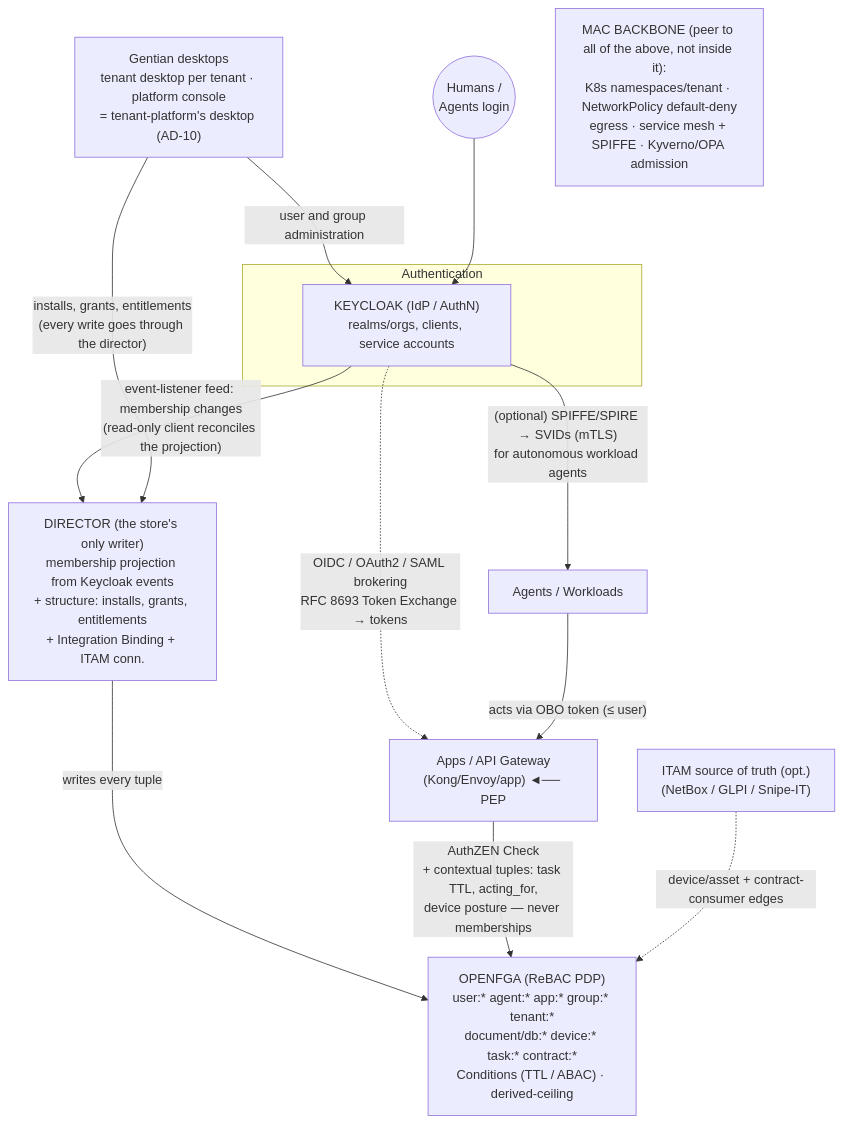
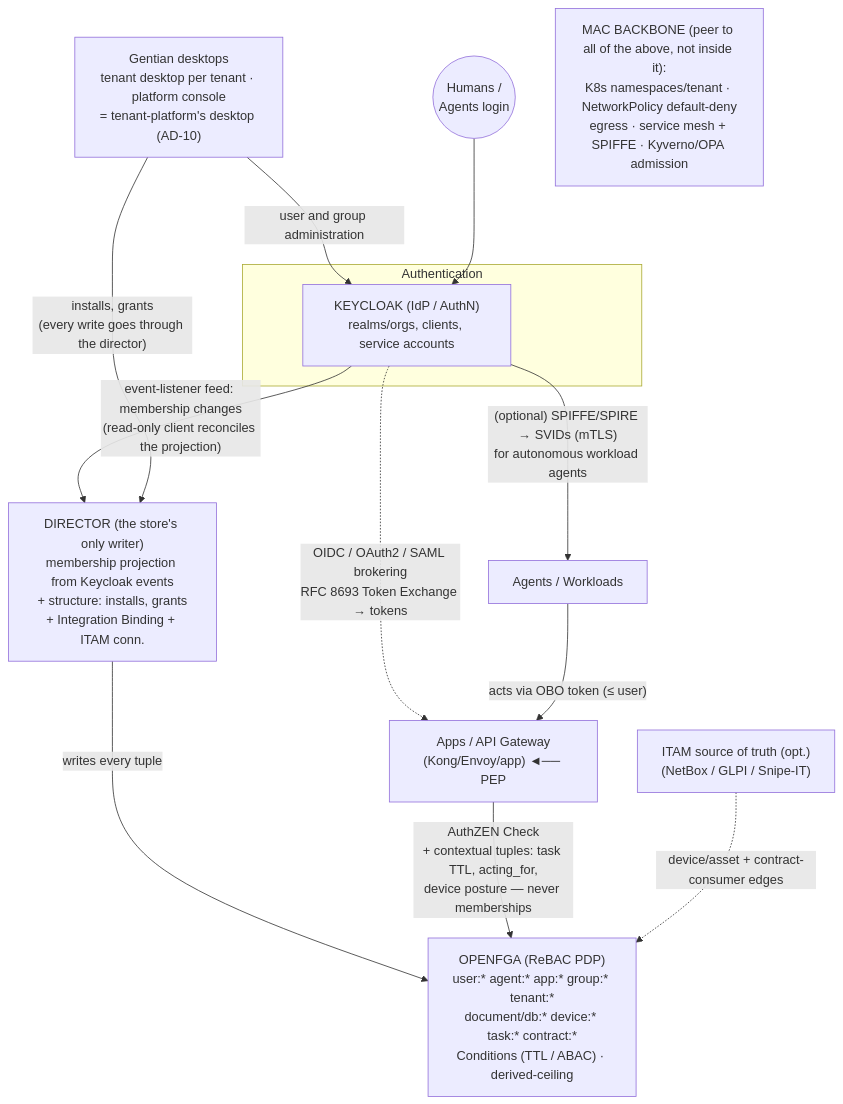
One commit to gentian-org/gentian-os changed the first of 3 diagrams in docs/design/security.md. Above: the diagram before and after it, drawn with Mermaid. The commit also changed other lines of this file and 65 other files, not shown here.

````diff
--- a/docs/design/security.md
+++ b/docs/design/security.md
@@ -141,36 +141,36 @@
 ```mermaid
 flowchart TD
     Shell["Gentian desktops<br>tenant desktop per tenant · platform console<br>= tenant-platform's desktop (AD-10)"]
     
     Users(("Humans /<br>Agents login"))
     
     subgraph Identity ["Authentication"]
         Keycloak["KEYCLOAK (IdP / AuthN)<br>realms/orgs, clients, service accounts"]
     end
     
-    Director["DIRECTOR (the store's only writer)<br>membership projection from Keycloak events<br>+ structure: installs, grants, entitlements<br>+ Integration Binding + ITAM conn."]
+    Director["DIRECTOR (the store's only writer)<br>membership projection from Keycloak events<br>+ structure: installs, grants<br>+ Integration Binding + ITAM conn."]
     
     AgentsWorkloads["Agents / Workloads"]
     Apps["Apps / API Gateway<br>(Kong/Envoy/app) ◄── PEP"]
     
     OpenFGA["OPENFGA (ReBAC PDP)<br>user:* agent:* app:* group:* tenant:*<br>document/db:* device:* task:* contract:*<br>Conditions (TTL / ABAC) · derived-ceiling"]
     
     ITAM["ITAM source of truth (opt.)<br>(NetBox / GLPI / Snipe-IT)"]
     
     MAC["MAC BACKBONE (peer to all of the above, not inside it):<br>K8s namespaces/tenant · NetworkPolicy default-deny<br>egress · service mesh + SPIFFE · Kyverno/OPA admission"]
     
     Shell -->|"user and group administration"| Keycloak
     Users --> Keycloak
     Keycloak -.->|"OIDC / OAuth2 / SAML brokering<br>RFC 8693 Token Exchange → tokens"| Apps
     
     Keycloak -->|"event-listener feed: membership changes<br>(read-only client reconciles the projection)"| Director
     Keycloak -->|"(optional) SPIFFE/SPIRE → SVIDs (mTLS)<br>for autonomous workload agents"| AgentsWorkloads
     
     AgentsWorkloads -->|"acts via OBO token (≤ user)"| Apps
     
-    Shell -->|"installs, grants, entitlements<br>(every write goes through the director)"| Director
+    Shell -->|"installs, grants<br>(every write goes through the director)"| Director
     Director -->|"writes every tuple"| OpenFGA
     Apps -->|"AuthZEN Check<br>+ contextual tuples: task TTL, acting_for,<br>device posture — never memberships"| OpenFGA
     
     ITAM -.->|"device/asset + contract-consumer edges"| OpenFGA
 ```
````
